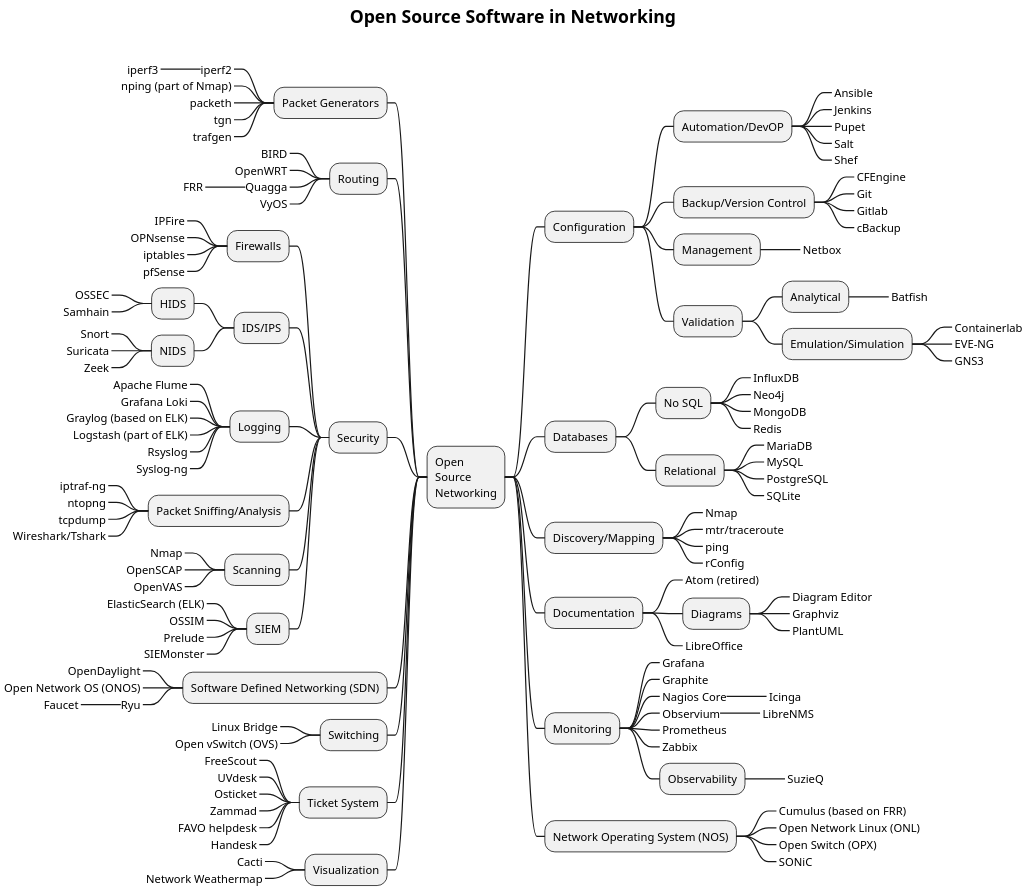
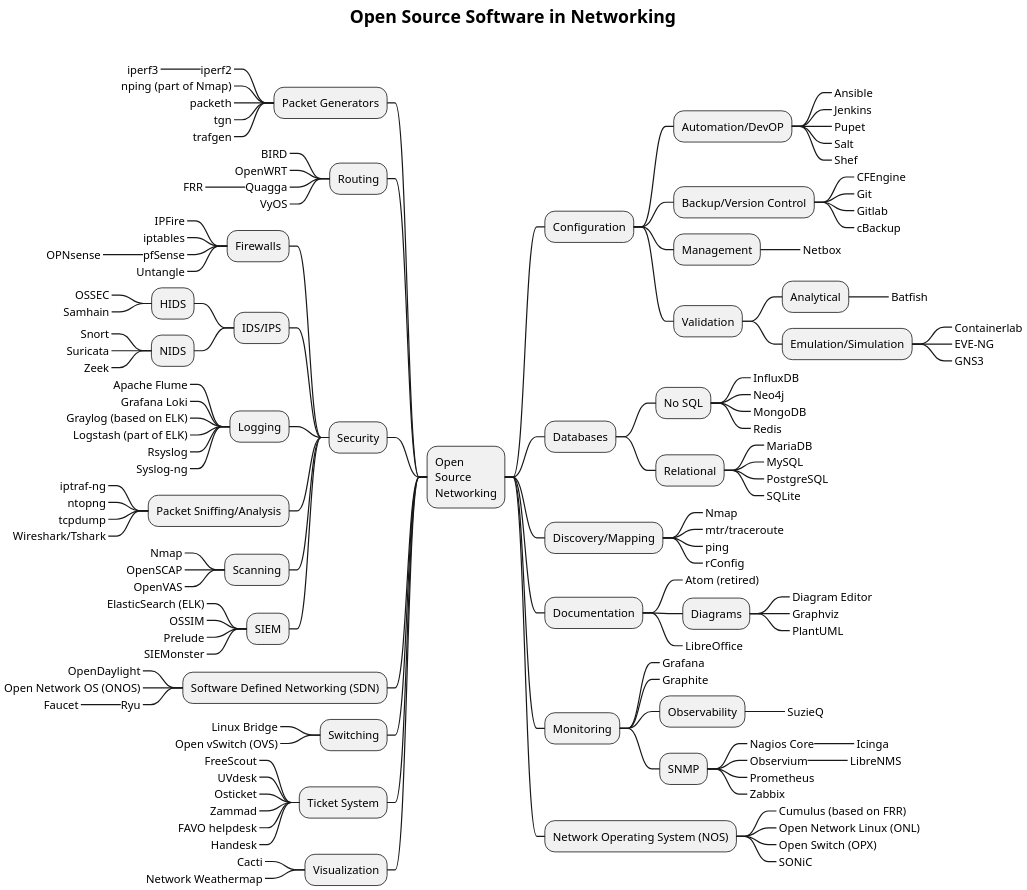
Before and after one commit to martimy/Open-Source-Networking: the diagram in OpenSourceMindMap.md, drawn with PlantUML. The commit also changed 1 other file, not shown here.

```diff
--- a/OpenSourceMindMap.md
+++ b/OpenSourceMindMap.md
@@ -78,14 +78,15 @@
 ** Monitoring
 ***_ Grafana
 ***_ Graphite
-***_ Nagios Core
-****_ Icinga
-***_ Observium
-****_ LibreNMS
-***_ Prometheus
-***_ Zabbix
 *** Observability
 ****_ SuzieQ
+*** SNMP
+****_ Nagios Core
+*****_ Icinga
+****_ Observium
+*****_ LibreNMS
+****_ Prometheus
+****_ Zabbix
 
 ** Network Operating System (NOS)
 ***_ Cumulus (based on FRR)
@@ -117,9 +118,10 @@
 
 *** Firewalls
 ****_ IPFire
-****_ OPNsense
 ****_ iptables
 ****_ pfSense
+*****_ OPNsense
+****_ Untangle
 
 *** IDS/IPS
 **** HIDS
```
